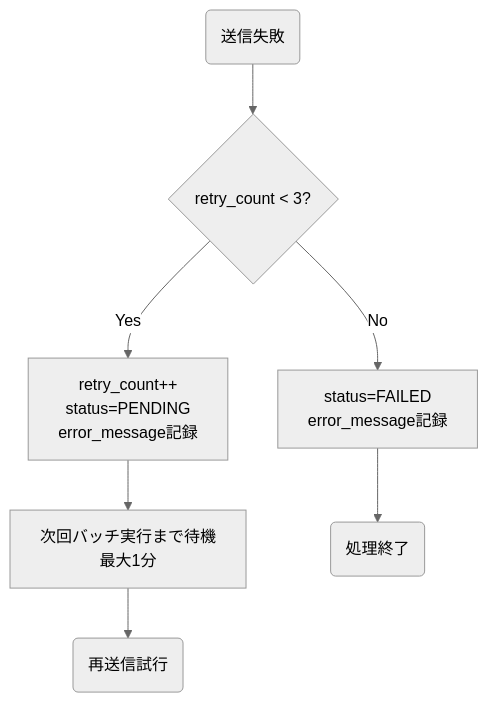
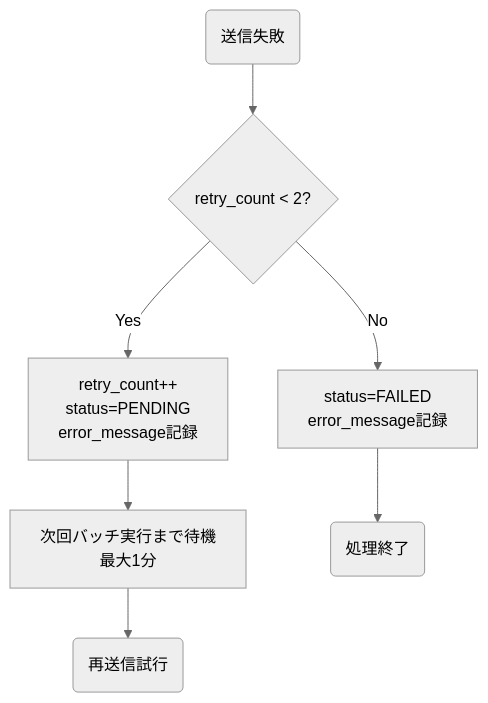
The second of 2 diagrams in docs/03-features/batch/scheduled-email-job/README.md (NSW-SVCP-AIWG002/Databricks-IoT), drawn with Mermaid (neutral theme) before and after one commit. The commit also changed other lines of this file and 1 other file, not shown here.

````diff
--- a/docs/03-features/batch/scheduled-email-job/README.md
+++ b/docs/03-features/batch/scheduled-email-job/README.md
@@ -216,9 +216,9 @@
 ```mermaid
 flowchart TB
-    A(送信失敗) --> B{retry_count < 3?}
+    A(送信失敗) --> B{retry_count < 2?}
     B -->|Yes| C[retry_count++<br>status=PENDING<br>error_message記録]
     B -->|No| D[status=FAILED<br>error_message記録]
     C --> E[次回バッチ実行まで待機<br>最大1分]
     E --> F(再送信試行)
     D --> G(処理終了)
 ```
````
